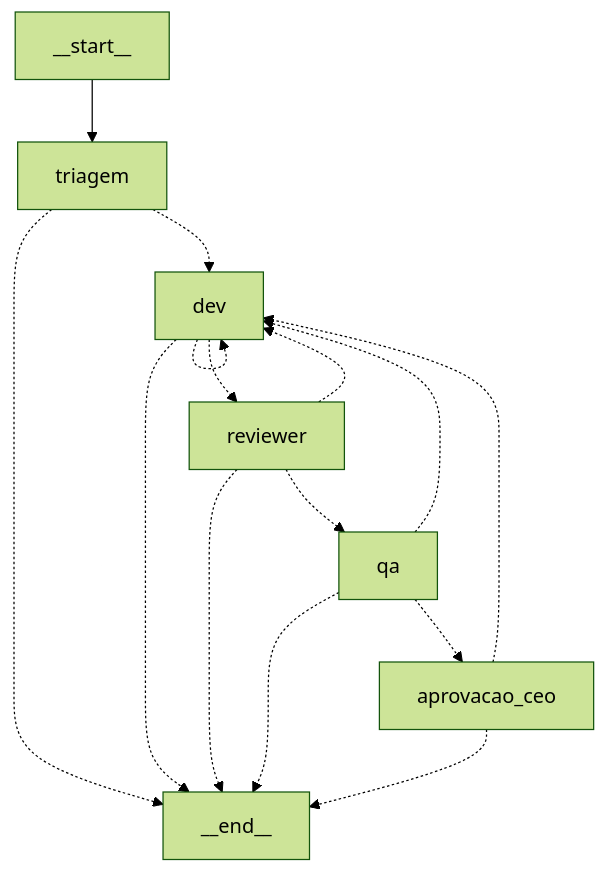
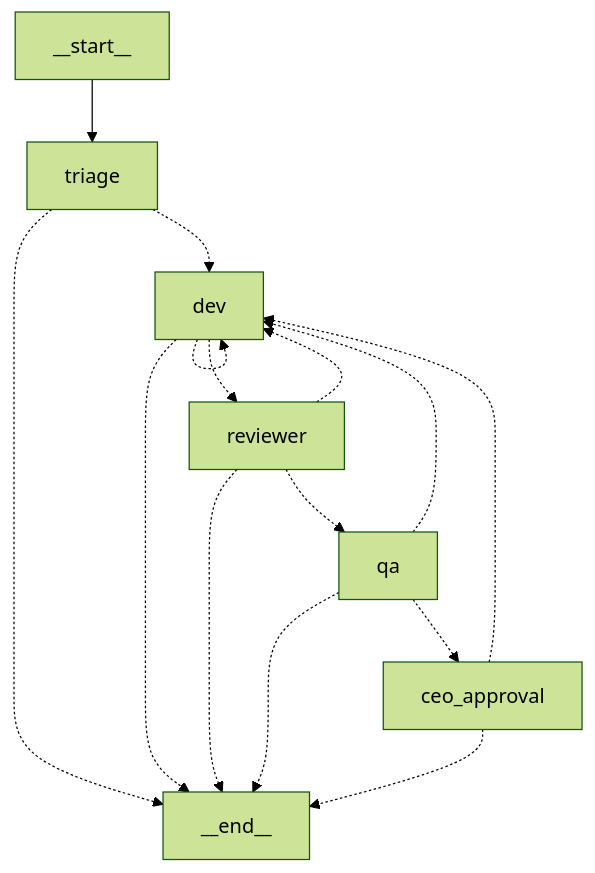
Before and after one commit to venturelli-91/agent-softhouse-orchestrator: the diagram in .claude/docs/orchestrator/02-tracer-bullet-graph.md, drawn with Mermaid (forest theme). The commit also changed other lines of this file and 9 other files, not shown here.

````diff
--- a/.claude/docs/orchestrator/02-tracer-bullet-graph.md
+++ b/.claude/docs/orchestrator/02-tracer-bullet-graph.md
@@ -37,17 +38,17 @@
 ```mermaid
 graph TD;
-	__start__ --> triagem;
-	triagem -.-> dev;
-	triagem -.-> __end__;
+	__start__ --> triage;
+	triage -.-> dev;
+	triage -.-> __end__;
 	dev -.-> reviewer;
 	dev -.-> dev;
 	dev -.-> __end__;
 	reviewer -.-> qa;
 	reviewer -.-> dev;
 	reviewer -.-> __end__;
-	qa -.-> aprovacao_ceo;
+	qa -.-> ceo_approval;
 	qa -.-> dev;
 	qa -.-> __end__;
-	aprovacao_ceo -.-> dev;
-	aprovacao_ceo -.-> __end__;
+	ceo_approval -.-> dev;
+	ceo_approval -.-> __end__;
 ```
````
